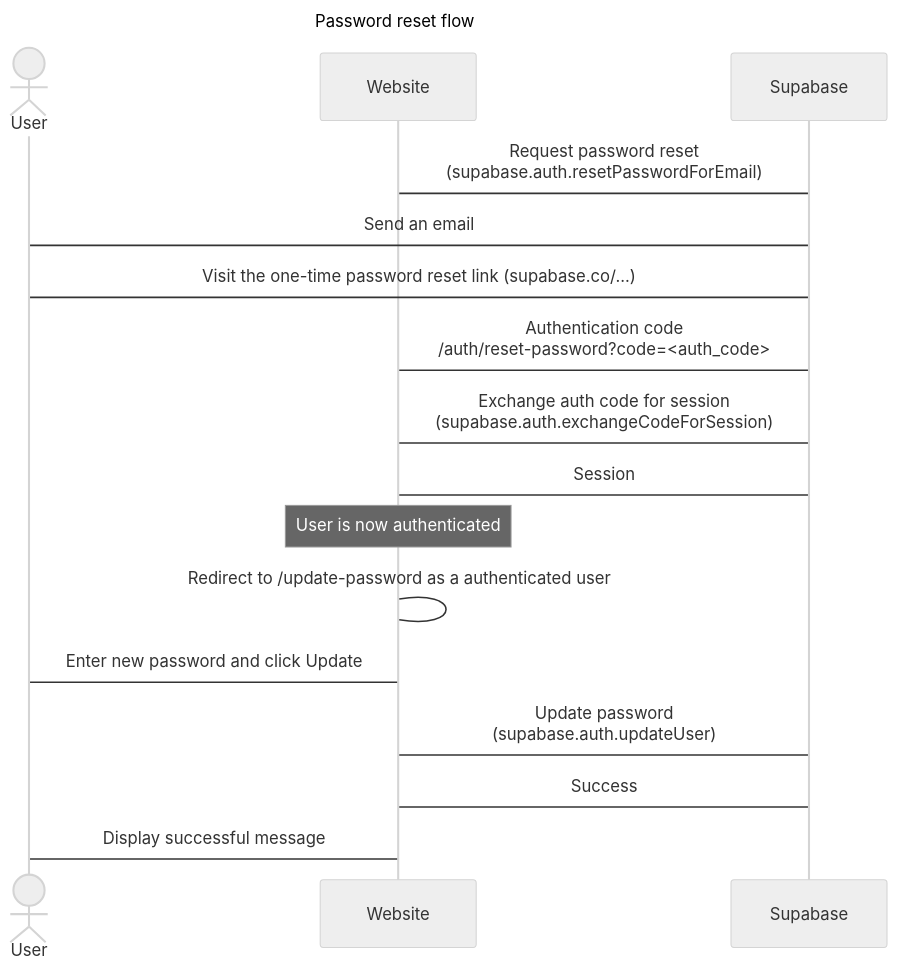
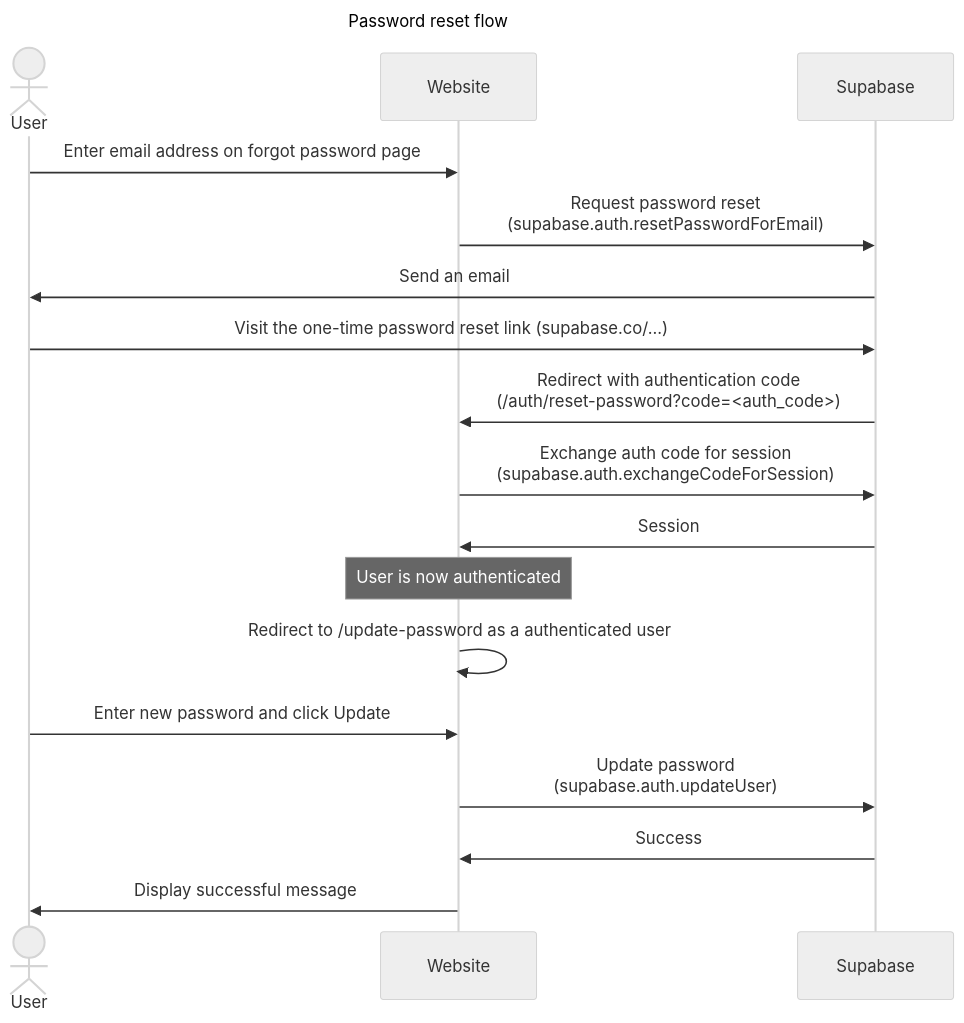
One commit to NorwoodAndBrixtonFoodbank/nbf-website changed the diagram in docs/password-reset-flow.md. Above: the diagram before and after it, drawn with Mermaid (neutral theme).

Commit message:
NONE: Improve diagram

````diff
--- a/docs/password-reset-flow.md
+++ b/docs/password-reset-flow.md
@@ -1,25 +1,25 @@
 ```mermaid
 sequenceDiagram
     
 title Password reset flow
 
 actor User
 
 participant Website
 participant Supabase
 
-
-Website->Supabase:Request password reset<br/>(supabase.auth.resetPasswordForEmail)
-Supabase->User: Send an email
-User->Supabase: Visit the one-time password reset link (supabase.co/...)
-Supabase->Website: Authentication code<br/>/auth/reset-password?code=<auth_code>
-Website->Supabase:Exchange auth code for session<br/>(supabase.auth.exchangeCodeForSession)
-Supabase->Website:Session
+User->>Website:Enter email address on forgot password page
+Website->>Supabase:Request password reset<br/>(supabase.auth.resetPasswordForEmail)
+Supabase->>User: Send an email
+User->>Supabase: Visit the one-time password reset link (supabase.co/...)
+Supabase->>Website: Redirect with authentication code<br/>(/auth/reset-password?code=<auth_code>)
+Website->>Supabase:Exchange auth code for session<br/>(supabase.auth.exchangeCodeForSession)
+Supabase->>Website:Session
 note over Website:User is now authenticated
-Website->Website:Redirect to /update-password as a authenticated user
-User->Website:Enter new password and click Update
-Website->Supabase:Update password<br/>(supabase.auth.updateUser)
-Supabase->Website:Success
-Website->User:Display successful message
+Website->>Website:Redirect to /update-password as a authenticated user
+User->>Website:Enter new password and click Update
+Website->>Supabase:Update password<br/>(supabase.auth.updateUser)
+Supabase->>Website:Success
+Website->>User:Display successful message
 
 ```
````
